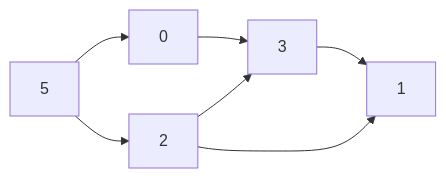
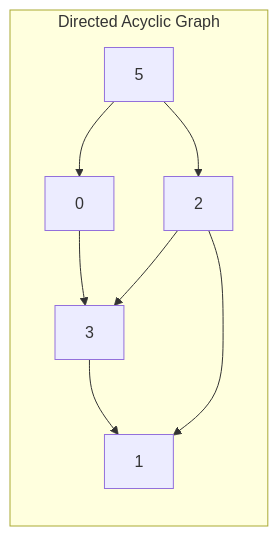
One commit to gaurav8341/LearnWithMe changed the diagram in Learnings/topo_sort.md. Above: the diagram before and after it, drawn with Mermaid. The commit also changed 5 other files, not shown here.

````diff
--- a/Learnings/topo_sort.md
+++ b/Learnings/topo_sort.md
@@ -9,9 +9,11 @@
 ```mermaid
 graph LR;
-    A["5"] --> B["0"];
-    A --> C["2"];
-    B --> D["3"];
-    C --> D;
-    D --> E["1"];
-    C --> E;
+    subgraph "Directed Acyclic Graph"
+        A["5"] --> B["0"];
+        A --> C["2"];
+        B --> D["3"];
+        C --> D;
+        D --> E["1"];
+        C --> E;
+    end
 ```
````
